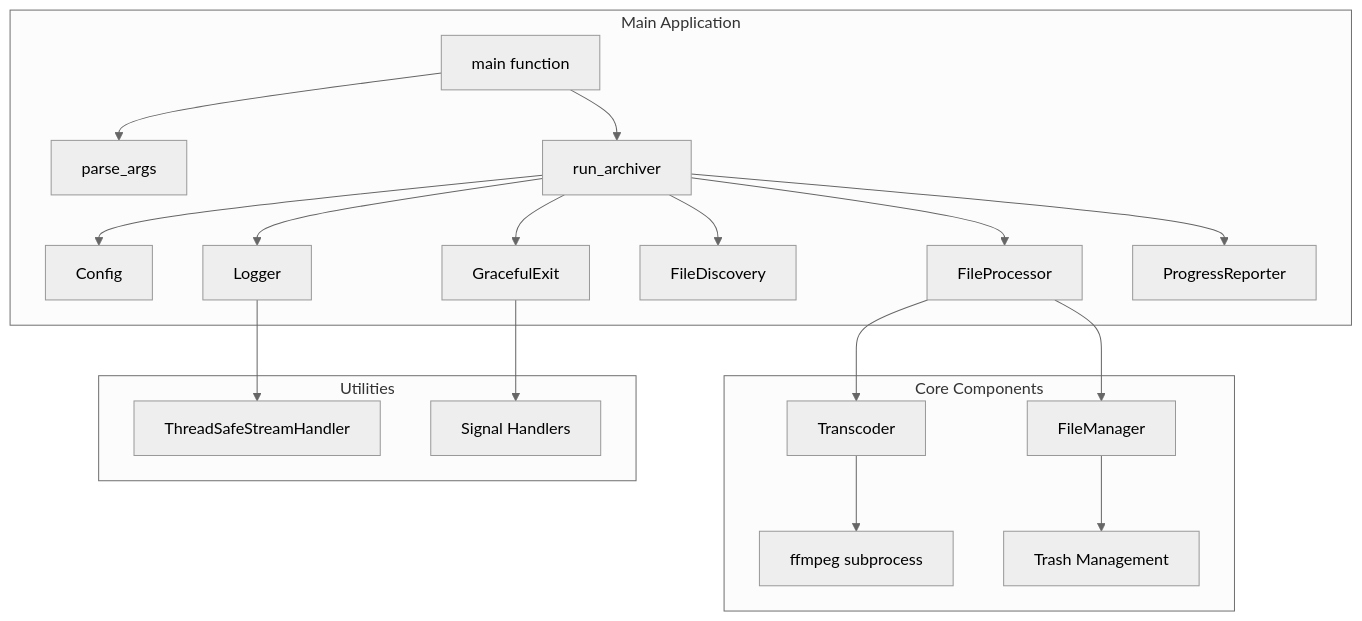
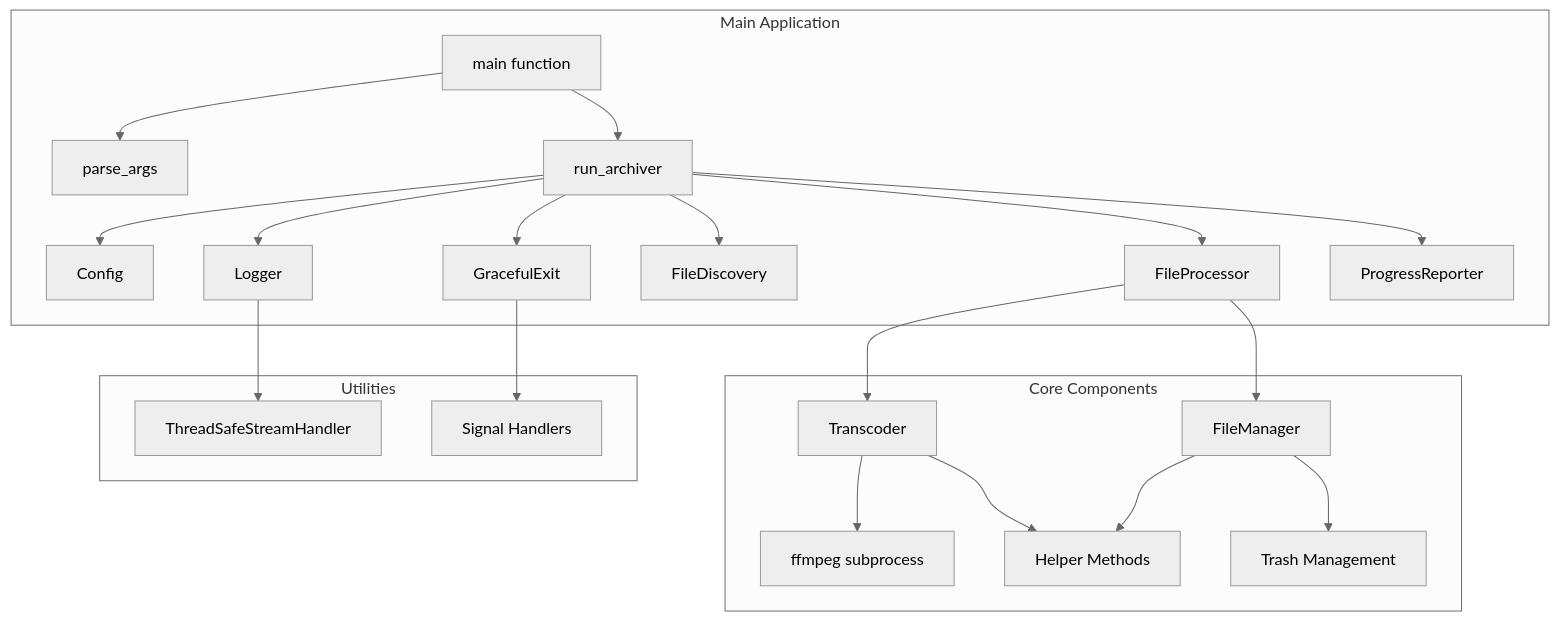
One commit to WombatFromHell/reo-cam-archiver changed the first of 8 diagrams in DESIGN.md. Above: the diagram before and after it, drawn with Mermaid (neutral theme). The commit also changed other lines of this file and 4 other files, not shown here.

````diff
--- a/DESIGN.md
+++ b/DESIGN.md
@@ -9,25 +9,27 @@
 ```mermaid
 graph TB
     subgraph "Main Application"
         main[main function] --> parse_args[parse_args]
         main --> run_archiver[run_archiver]
         run_archiver --> Config[Config]
         run_archiver --> Logger[Logger]
         run_archiver --> GracefulExit[GracefulExit]
         run_archiver --> FileDiscovery[FileDiscovery]
         run_archiver --> FileProcessor[FileProcessor]
         run_archiver --> ProgressReporter[ProgressReporter]
     end
 
     subgraph "Core Components"
         FileProcessor --> Transcoder[Transcoder]
         FileProcessor --> FileManager[FileManager]
         Transcoder --> ffmpeg[ffmpeg subprocess]
+        Transcoder --> helpers[Helper Methods]
         FileManager --> trash[Trash Management]
+        FileManager --> helpers[Helper Methods]
     end
 
     subgraph "Utilities"
         Logger --> ThreadSafeStreamHandler[ThreadSafeStreamHandler]
         GracefulExit --> signal_handlers[Signal Handlers]
     end
 ```
````
